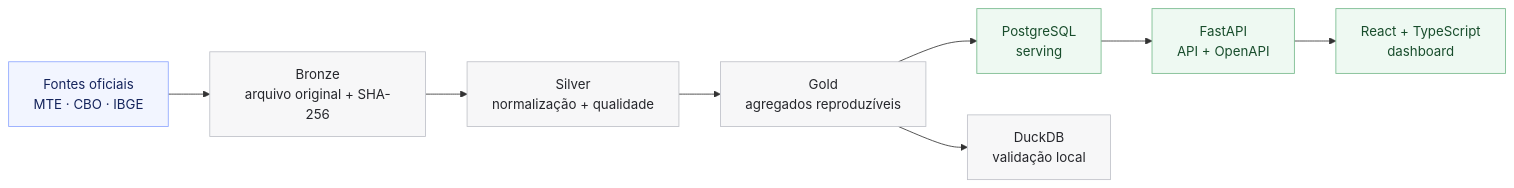
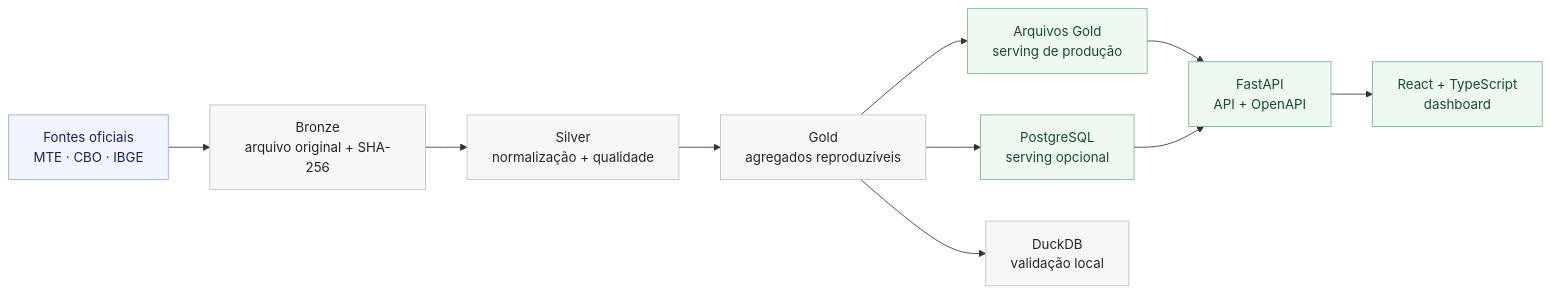
One commit to peedrovinicius/mercado-tech-brasil changed the first of 3 diagrams in README.md. Above: the diagram before and after it, drawn with Mermaid. The commit also changed other lines of this file and 7 other files, not shown here.

```diff
--- a/README.md
+++ b/README.md
@@ -67,17 +85,19 @@
 ~~~mermaid
 flowchart LR
     A["Fontes oficiais<br/>MTE · CBO · IBGE"] --> B["Bronze<br/>arquivo original + SHA-256"]
     B --> C["Silver<br/>normalização + qualidade"]
     C --> D["Gold<br/>agregados reproduzíveis"]
-    D --> E["PostgreSQL<br/>serving"]
+    D --> E["Arquivos Gold<br/>serving de produção"]
+    D --> P["PostgreSQL<br/>serving opcional"]
     D --> F["DuckDB<br/>validação local"]
     E --> G["FastAPI<br/>API + OpenAPI"]
+    P --> G
     G --> H["React + TypeScript<br/>dashboard"]
 
     classDef source fill:#f2f5ff,stroke:#8ea6ff,color:#15245c
     classDef data fill:#f7f7f8,stroke:#bfc1c8,color:#25262b
     classDef serving fill:#eef9f2,stroke:#75b98b,color:#184d2c
     class A source
     class B,C,D,F data
-    class E,G,H serving
+    class E,P,G,H serving
 ~~~
```
